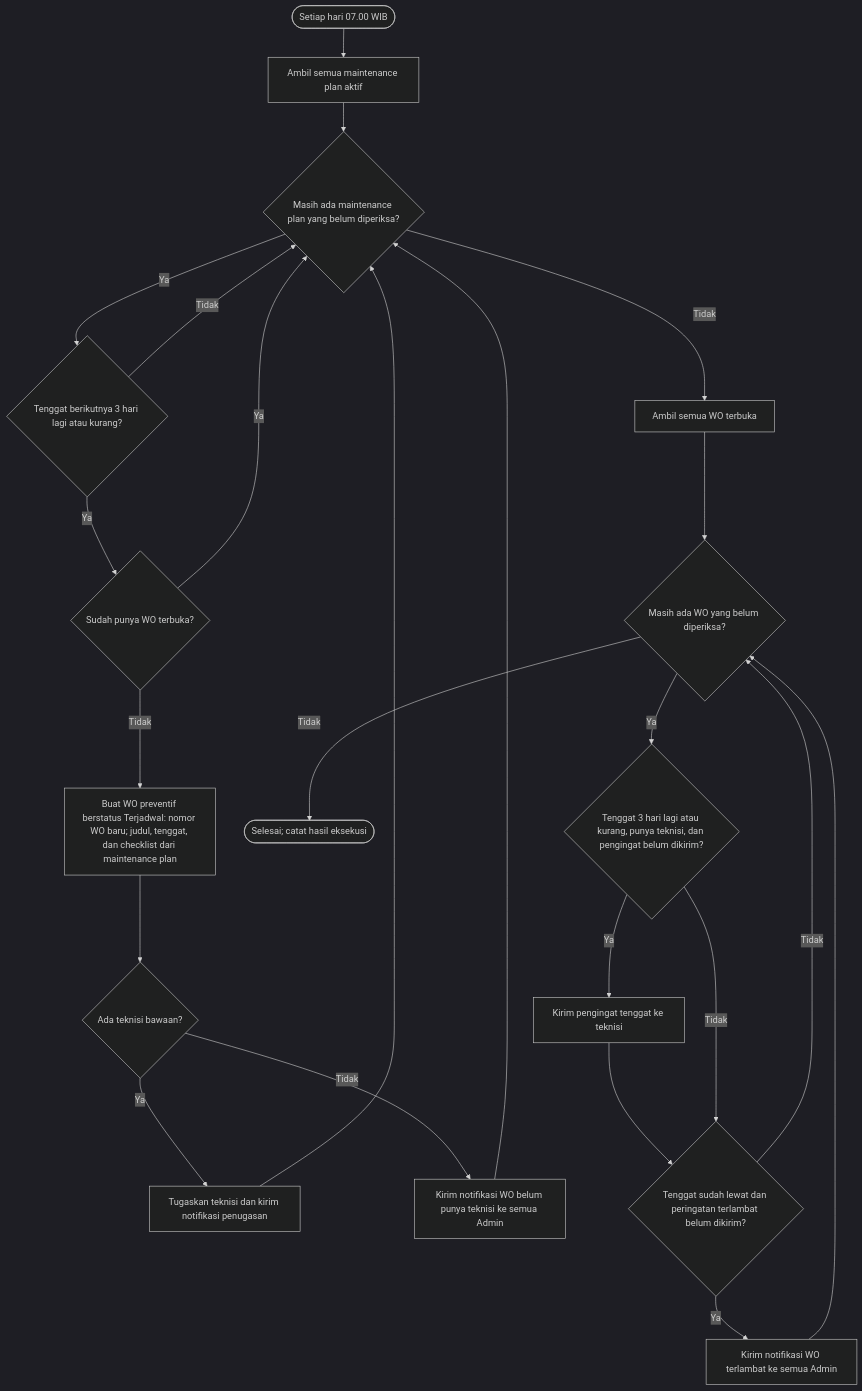
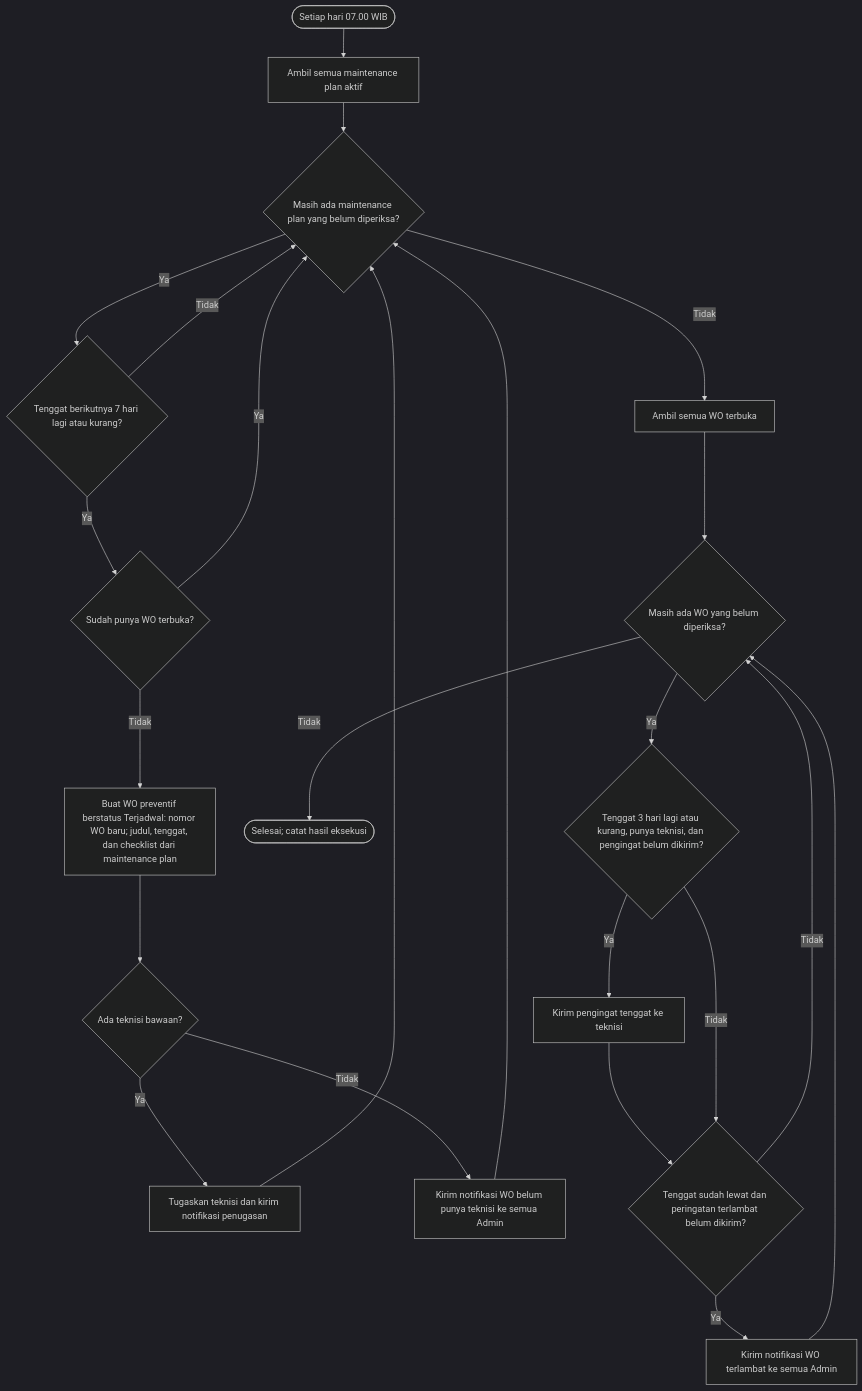
The fourth of 6 diagrams in docs/diagrams/flowchart.md (haldrianlab-arch/DCM_PROJECT), drawn with Mermaid (dark theme) before and after one commit. The commit also changed other lines of this file and 15 other files, not shown here.

````diff
--- a/docs/diagrams/flowchart.md
+++ b/docs/diagrams/flowchart.md
@@ -86,21 +86,21 @@
 ```mermaid
 flowchart TD
     A([Setiap hari 07.00 WIB]) --> B[Ambil semua maintenance plan aktif]
     B --> C{"Masih ada maintenance plan yang belum diperiksa?"}
-    C -- Ya --> D{"Tenggat berikutnya 3 hari lagi atau kurang?"}
+    C -- Ya --> D{"Tenggat berikutnya 7 hari lagi atau kurang?"}
     D -- Tidak --> C
     D -- Ya --> E{"Sudah punya WO terbuka?"}
     E -- Ya --> C
     E -- Tidak --> F["Buat WO preventif berstatus Terjadwal: nomor WO baru; judul, tenggat, dan checklist dari maintenance plan"]
     F --> G{"Ada teknisi bawaan?"}
     G -- Ya --> H[Tugaskan teknisi dan kirim notifikasi penugasan] --> C
     G -- Tidak --> I[Kirim notifikasi WO belum punya teknisi ke semua Admin] --> C
     C -- Tidak --> J[Ambil semua WO terbuka]
     J --> K{"Masih ada WO yang belum diperiksa?"}
     K -- Tidak --> Z([Selesai; catat hasil eksekusi])
     K -- Ya --> L{"Tenggat 3 hari lagi atau kurang, punya teknisi, dan pengingat belum dikirim?"}
     L -- Ya --> M[Kirim pengingat tenggat ke teknisi] --> N
     L -- Tidak --> N{"Tenggat sudah lewat dan peringatan terlambat belum dikirim?"}
     N -- Ya --> O[Kirim notifikasi WO terlambat ke semua Admin] --> K
     N -- Tidak --> K
 ```
````
